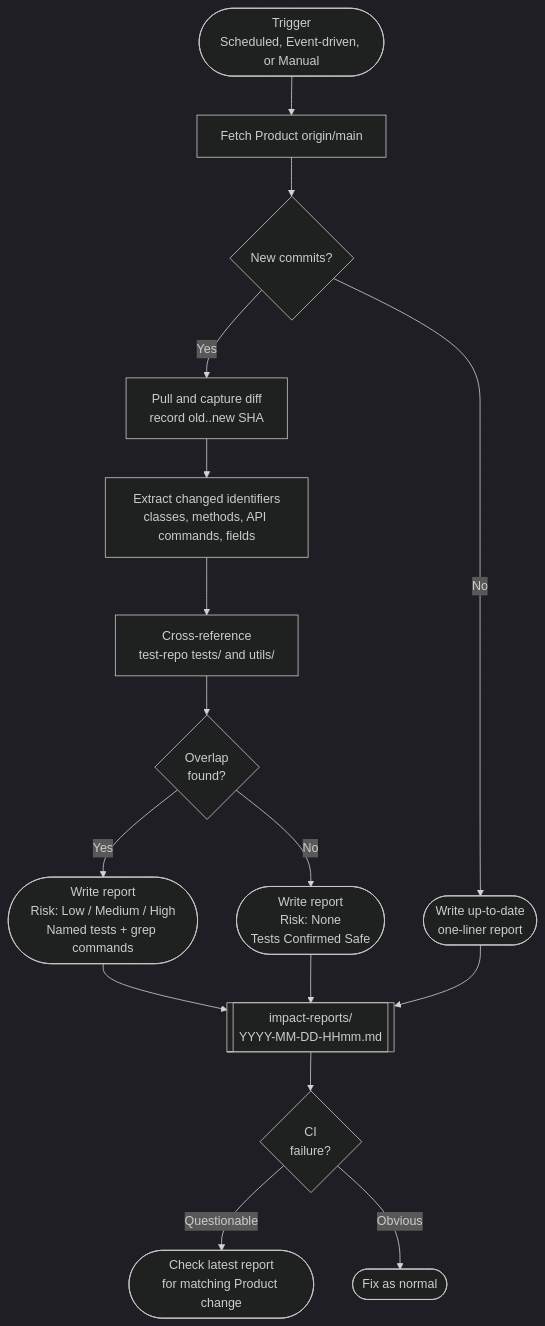
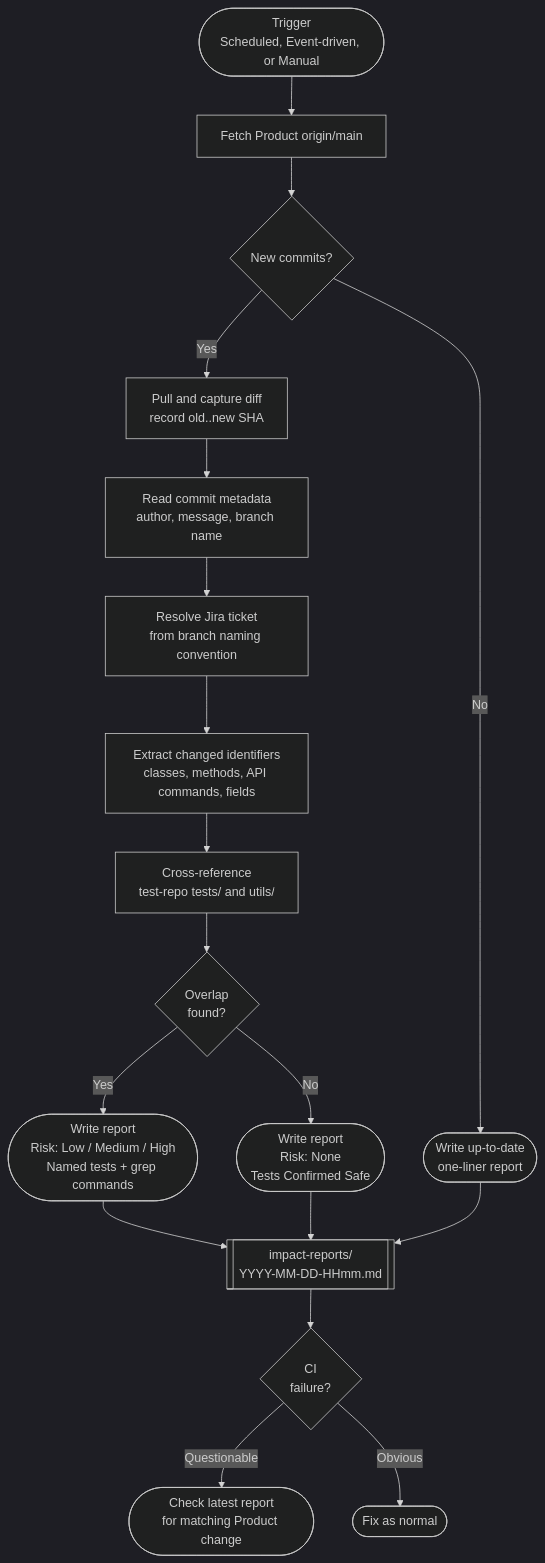
One commit to reckten/agent-workflow-designs changed the diagram in pipelines/shift-left-monitor.md. Above: the diagram before and after it, drawn with Mermaid (dark theme). The commit also changed other lines of this file, not shown here.

Commit message:
feat: add commit metadata, author, and Jira ticket resolution to shift-left monitor

````diff
--- a/pipelines/shift-left-monitor.md
+++ b/pipelines/shift-left-monitor.md
@@ -19,24 +19,26 @@
 ```mermaid
 flowchart TD
     A([Trigger\nScheduled, Event-driven, or Manual]) --> B[Fetch Product origin/main]
     B --> C{New commits?}
 
     C -- No --> D([Write up-to-date\none-liner report])
 
     C -- Yes --> E[Pull and capture diff\nrecord old..new SHA]
-    E --> F[Extract changed identifiers\nclasses, methods, API commands, fields]
+    E --> E2[Read commit metadata\nauthor, message, branch name]
+    E2 --> E3[Resolve Jira ticket\nfrom branch naming convention]
+    E3 --> F[Extract changed identifiers\nclasses, methods, API commands, fields]
     F --> G[Cross-reference\ntest-repo tests/ and utils/]
 
     G --> H{Overlap\nfound?}
 
     H -- No --> I([Write report\nRisk: None\nTests Confirmed Safe])
     H -- Yes --> J([Write report\nRisk: Low / Medium / High\nNamed tests + grep commands])
 
     J --> K[[impact-reports/\nYYYY-MM-DD-HHmm.md]]
     I --> K
     D --> K
 
     K --> L{CI\nfailure?}
     L -- Questionable --> M([Check latest report\nfor matching Product change])
     L -- Obvious --> N([Fix as normal])
 ```
````
